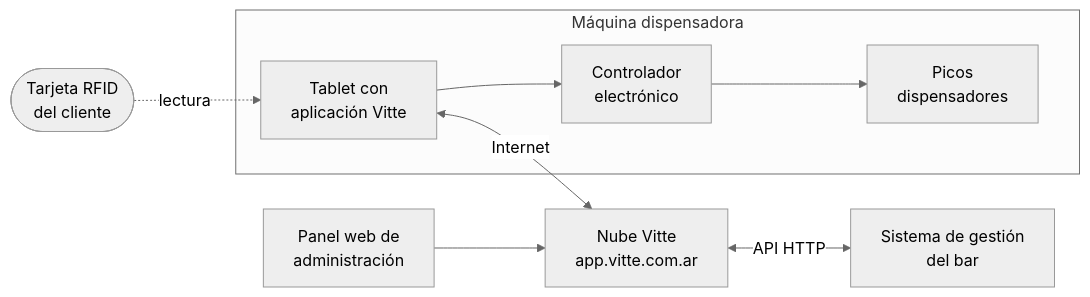
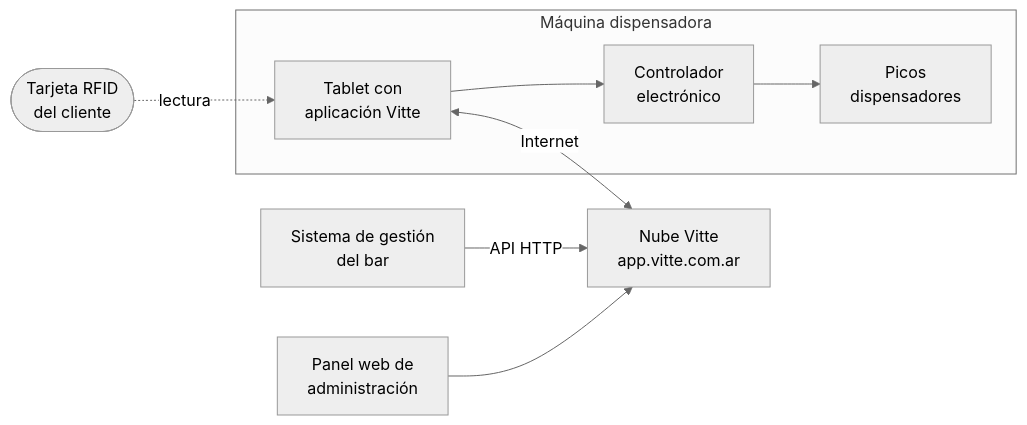
One commit to allanes/winebar-4 changed the diagram in docs/especializacion/Memoria/figuras/vitte.mmd. Above: the diagram before and after it, drawn with Mermaid (neutral theme). The commit also changed 14 other files, not shown here.

```diff
--- a/docs/especializacion/Memoria/figuras/vitte.mmd
+++ b/docs/especializacion/Memoria/figuras/vitte.mmd
@@ -1,9 +1,9 @@
 flowchart LR
     T([Tarjeta RFID<br/>del cliente]) -. lectura .-> TB
     subgraph M[Máquina dispensadora]
         TB[Tablet con<br/>aplicación Vitte] --> C[Controlador<br/>electrónico]
         C --> PI[Picos<br/>dispensadores]
     end
     TB <-- Internet --> N[Nube Vitte<br/>app.vitte.com.ar]
-    N <-- "API HTTP" --> S[Sistema de gestión<br/>del bar]
+    S[Sistema de gestión<br/>del bar] -- "API HTTP" --> N
     A[Panel web de<br/>administración] --> N
```
